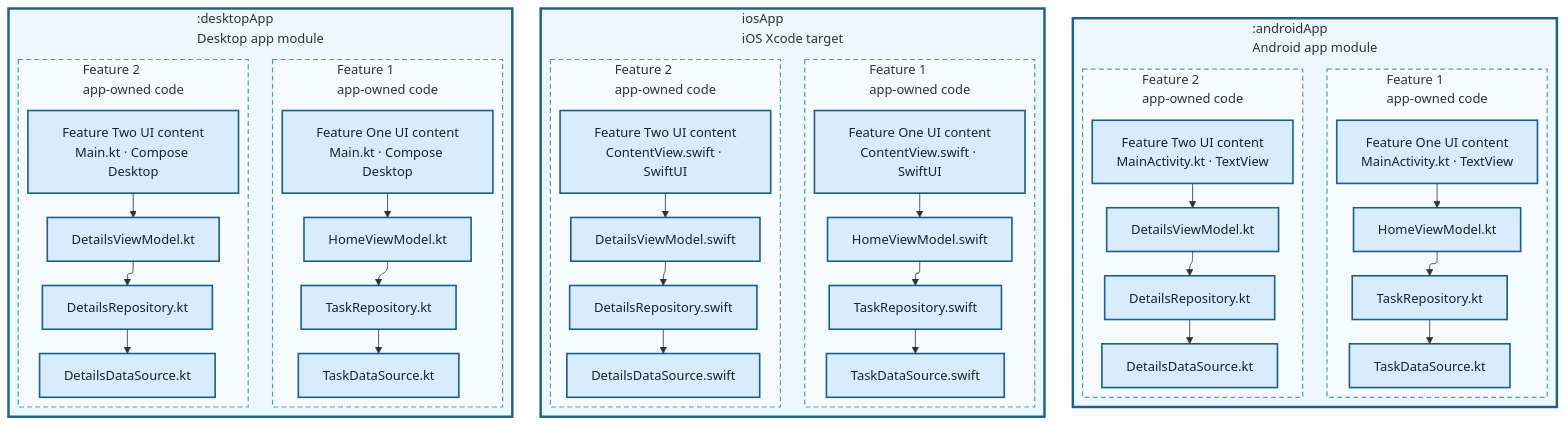
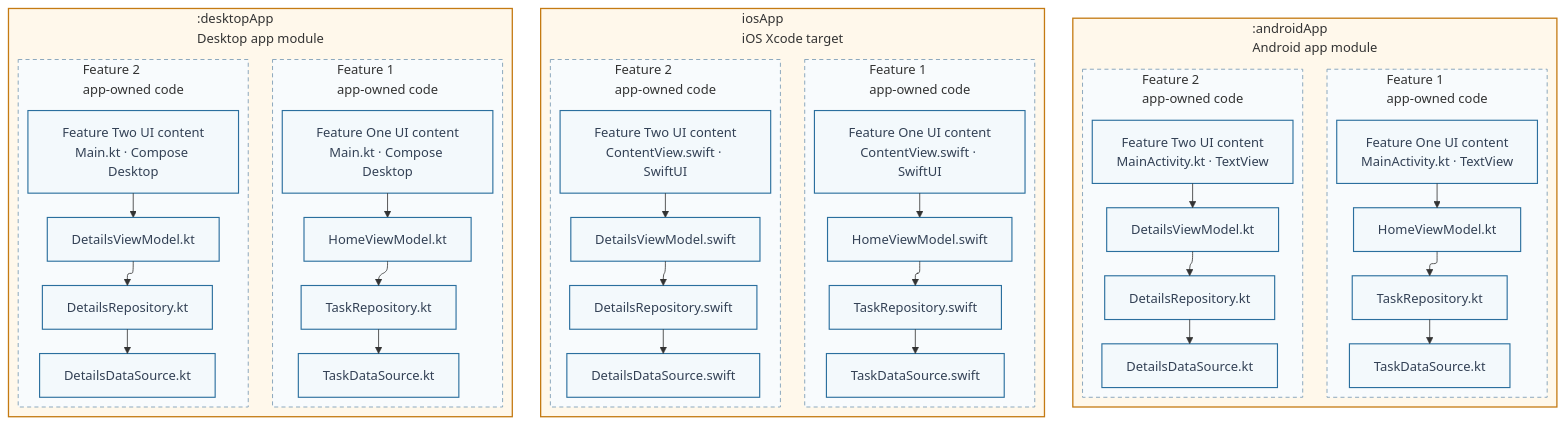
The diagram in diagrams/09-modular-native.md (TheSetox/kmp-sample-diagrams), drawn with Mermaid before and after one commit. The commit also changed 42 other files, not shown here.

Commit message:
Redesign Mermaid architecture diagrams

````diff
--- a/diagrams/09-modular-native.md
+++ b/diagrams/09-modular-native.md
@@ -5,80 +5,80 @@
 ```mermaid
 ---
 config:
   layout: elk
   elk:
     nodePlacementStrategy: LINEAR_SEGMENTS
 ---
 flowchart TB
   subgraph Android[":androidApp\nAndroid app module"]
     direction LR
     subgraph AF1["Feature 1\napp-owned code"]
       direction TB
       AF1UI["Feature One UI content\nMainActivity.kt · TextView"]
       AF1VM["HomeViewModel.kt"]
       AF1Repo["TaskRepository.kt"]
       AF1Source["TaskDataSource.kt"]
       AF1UI --> AF1VM --> AF1Repo --> AF1Source
     end
     subgraph AF2["Feature 2\napp-owned code"]
       direction TB
       AF2UI["Feature Two UI content\nMainActivity.kt · TextView"]
       AF2VM["DetailsViewModel.kt"]
       AF2Repo["DetailsRepository.kt"]
       AF2Source["DetailsDataSource.kt"]
       AF2UI --> AF2VM --> AF2Repo --> AF2Source
     end
   end
 
   subgraph IOS["iosApp\niOS Xcode target"]
     direction LR
     subgraph IF1["Feature 1\napp-owned code"]
       direction TB
       IF1UI["Feature One UI content\nContentView.swift · SwiftUI"]
       IF1VM["HomeViewModel.swift"]
       IF1Repo["TaskRepository.swift"]
       IF1Source["TaskDataSource.swift"]
       IF1UI --> IF1VM --> IF1Repo --> IF1Source
     end
     subgraph IF2["Feature 2\napp-owned code"]
       direction TB
       IF2UI["Feature Two UI content\nContentView.swift · SwiftUI"]
       IF2VM["DetailsViewModel.swift"]
       IF2Repo["DetailsRepository.swift"]
       IF2Source["DetailsDataSource.swift"]
       IF2UI --> IF2VM --> IF2Repo --> IF2Source
     end
   end
 
   subgraph Desktop[":desktopApp\nDesktop app module"]
     direction LR
     subgraph DF1["Feature 1\napp-owned code"]
       direction TB
       DF1UI["Feature One UI content\nMain.kt · Compose Desktop"]
       DF1VM["HomeViewModel.kt"]
       DF1Repo["TaskRepository.kt"]
       DF1Source["TaskDataSource.kt"]
       DF1UI --> DF1VM --> DF1Repo --> DF1Source
     end
     subgraph DF2["Feature 2\napp-owned code"]
       direction TB
       DF2UI["Feature Two UI content\nMain.kt · Compose Desktop"]
       DF2VM["DetailsViewModel.kt"]
       DF2Repo["DetailsRepository.kt"]
       DF2Source["DetailsDataSource.kt"]
       DF2UI --> DF2VM --> DF2Repo --> DF2Source
     end
   end
 
-  classDef native fill:#d8ecff,stroke:#1f5f8b,color:#0f2738,stroke-width:2px;
+  classDef native fill:#f3f9fc,stroke:#2b6f9e,color:#334155,stroke-width:1.4px;
   class AF1UI,AF1VM,AF1Repo,AF1Source,AF2UI,AF2VM,AF2Repo,AF2Source,IF1UI,IF1VM,IF1Repo,IF1Source,IF2UI,IF2VM,IF2Repo,IF2Source,DF1UI,DF1VM,DF1Repo,DF1Source,DF2UI,DF2VM,DF2Repo,DF2Source native;
-  style Android fill:#edf7ff,stroke:#1f5f8b,stroke-width:3px
-  style IOS fill:#edf7ff,stroke:#1f5f8b,stroke-width:3px
-  style Desktop fill:#edf7ff,stroke:#1f5f8b,stroke-width:3px
-  style AF1 fill:#f6fbff,stroke:#5f97bd,stroke-width:1.5px,stroke-dasharray:6 4
-  style AF2 fill:#f6fbff,stroke:#5f97bd,stroke-width:1.5px,stroke-dasharray:6 4
-  style IF1 fill:#f6fbff,stroke:#5f97bd,stroke-width:1.5px,stroke-dasharray:6 4
-  style IF2 fill:#f6fbff,stroke:#5f97bd,stroke-width:1.5px,stroke-dasharray:6 4
-  style DF1 fill:#f6fbff,stroke:#5f97bd,stroke-width:1.5px,stroke-dasharray:6 4
-  style DF2 fill:#f6fbff,stroke:#5f97bd,stroke-width:1.5px,stroke-dasharray:6 4
+  style Android fill:#fff8eb,stroke:#c47a12,stroke-width:1.6px
+  style IOS fill:#fff8eb,stroke:#c47a12,stroke-width:1.6px
+  style Desktop fill:#fff8eb,stroke:#c47a12,stroke-width:1.6px
+  style AF1 fill:#f8fbfd,stroke:#8aa7bc,stroke-width:1.2px,stroke-dasharray:5 4
+  style AF2 fill:#f8fbfd,stroke:#8aa7bc,stroke-width:1.2px,stroke-dasharray:5 4
+  style IF1 fill:#f8fbfd,stroke:#8aa7bc,stroke-width:1.2px,stroke-dasharray:5 4
+  style IF2 fill:#f8fbfd,stroke:#8aa7bc,stroke-width:1.2px,stroke-dasharray:5 4
+  style DF1 fill:#f8fbfd,stroke:#8aa7bc,stroke-width:1.2px,stroke-dasharray:5 4
+  style DF2 fill:#f8fbfd,stroke:#8aa7bc,stroke-width:1.2px,stroke-dasharray:5 4
 ```
````
